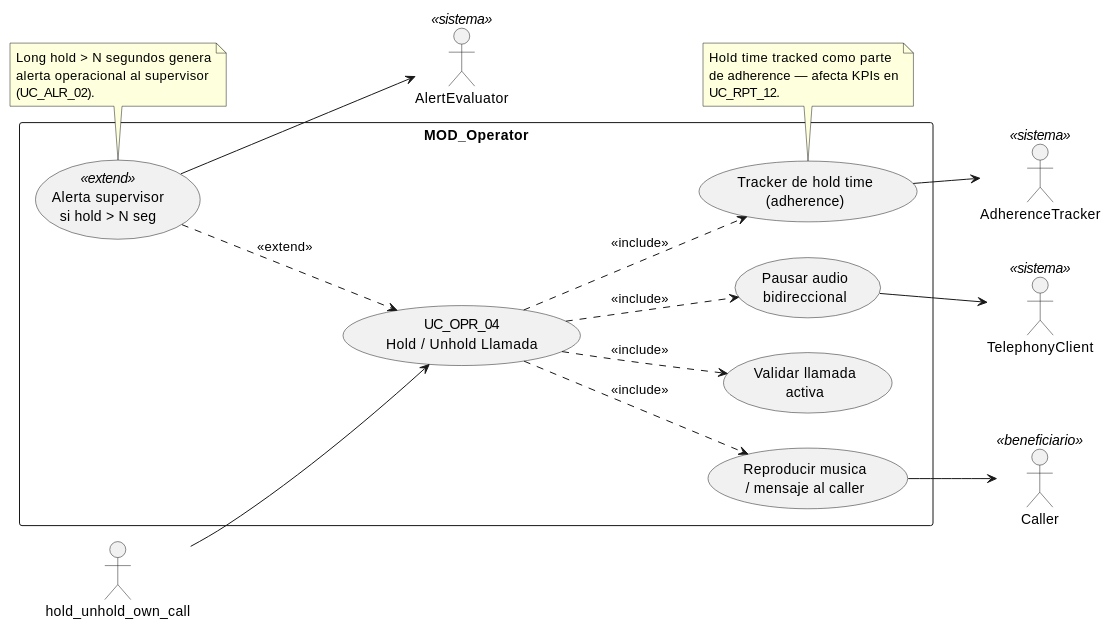
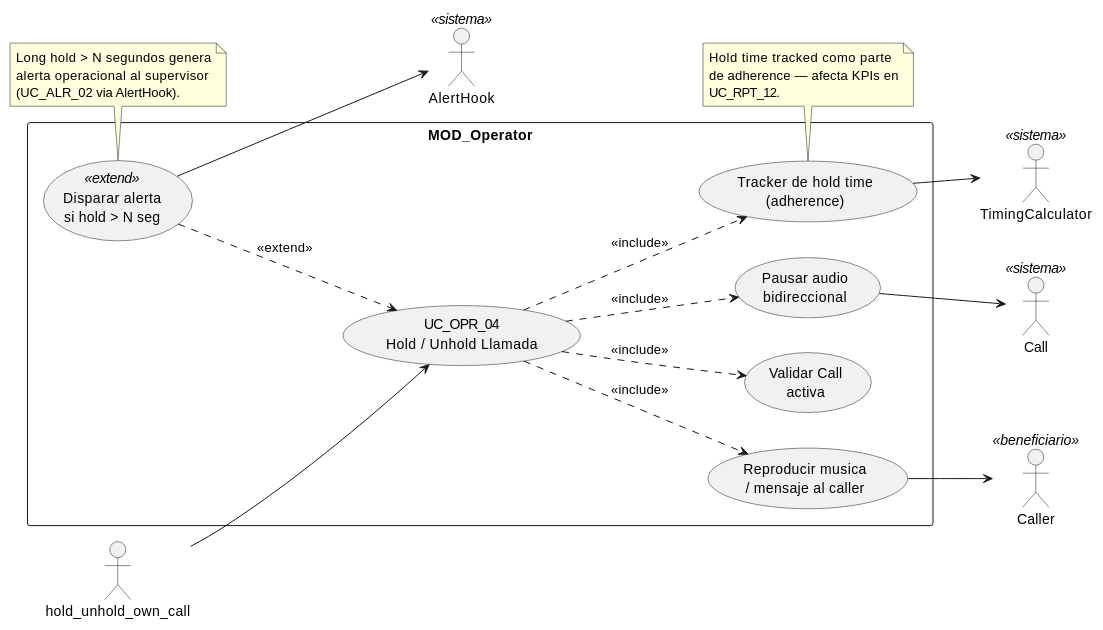
One commit to jcg-admin/IACT-docs changed the diagram in source/requisitos/casos-uso/operator/uc-opr-04/diagramas-uml/diagrama-de-caso-de-uso.rst. Above: the diagram before and after it, drawn with PlantUML. The commit also changed other lines of this file and 52 other files, not shown here.

```diff
--- a/source/requisitos/casos-uso/operator/uc-opr-04/diagramas-uml/diagrama-de-caso-de-uso.rst
+++ b/source/requisitos/casos-uso/operator/uc-opr-04/diagramas-uml/diagrama-de-caso-de-uso.rst
@@ -4,47 +4,47 @@
 .. uml::
  :caption: UC_OPR_04 — actores y casos asociados
 
  @startuml
 
  left to right direction
 
  actor "hold_unhold_own_call" as INVOKER
  actor "Caller" as CALLER <<beneficiario>>
- actor "TelephonyClient" as CHANNEL <<sistema>>
- actor "AdherenceTracker" as ADHERENCE <<sistema>>
- actor "AlertEvaluator" as ALERTS <<sistema>>
+ actor "Call" as CALL <<sistema>>
+ actor "TimingCalculator" as TC <<sistema>>
+ actor "AlertHook" as AH <<sistema>>
 
  rectangle "MOD_Operator" {
    usecase "UC_OPR_04\nHold / Unhold Llamada" as UC_OPR_04
-   usecase "Validar llamada\nactiva" as VALIDAR
+   usecase "Validar Call\nactiva" as VALIDAR
    usecase "Pausar audio\nbidireccional" as PAUSAR
    usecase "Reproducir musica\n/ mensaje al caller" as MUSICA
    usecase "Tracker de hold time\n(adherence)" as TRACK
-   usecase "Alerta supervisor\nsi hold > N seg" as ALERTAR <<extend>>
+   usecase "Disparar alerta\nsi hold > N seg" as ALERTAR <<extend>>
  }
 
  INVOKER --> UC_OPR_04
  UC_OPR_04 ..> VALIDAR : <<include>>
  UC_OPR_04 ..> PAUSAR : <<include>>
  UC_OPR_04 ..> MUSICA : <<include>>
  UC_OPR_04 ..> TRACK : <<include>>
  ALERTAR ..> UC_OPR_04 : <<extend>>
 
- PAUSAR --> CHANNEL
+ PAUSAR --> CALL
  MUSICA --> CALLER
- TRACK --> ADHERENCE
- ALERTAR --> ALERTS
+ TRACK --> TC
+ ALERTAR --> AH
 
  note bottom of TRACK
    Hold time tracked como parte
    de adherence — afecta KPIs en
    UC_RPT_12.
  end note
 
  note bottom of ALERTAR
    Long hold > N segundos genera
    alerta operacional al supervisor
-   (UC_ALR_02).
+   (UC_ALR_02 via AlertHook).
  end note
 
  @enduml
```
